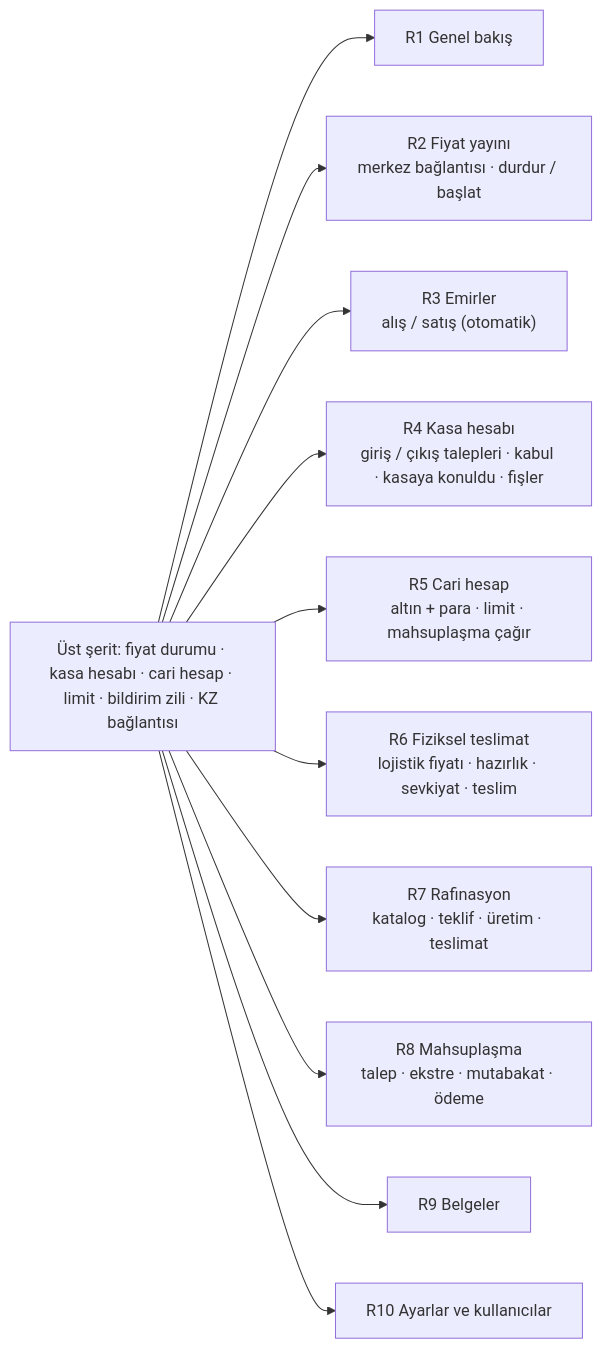
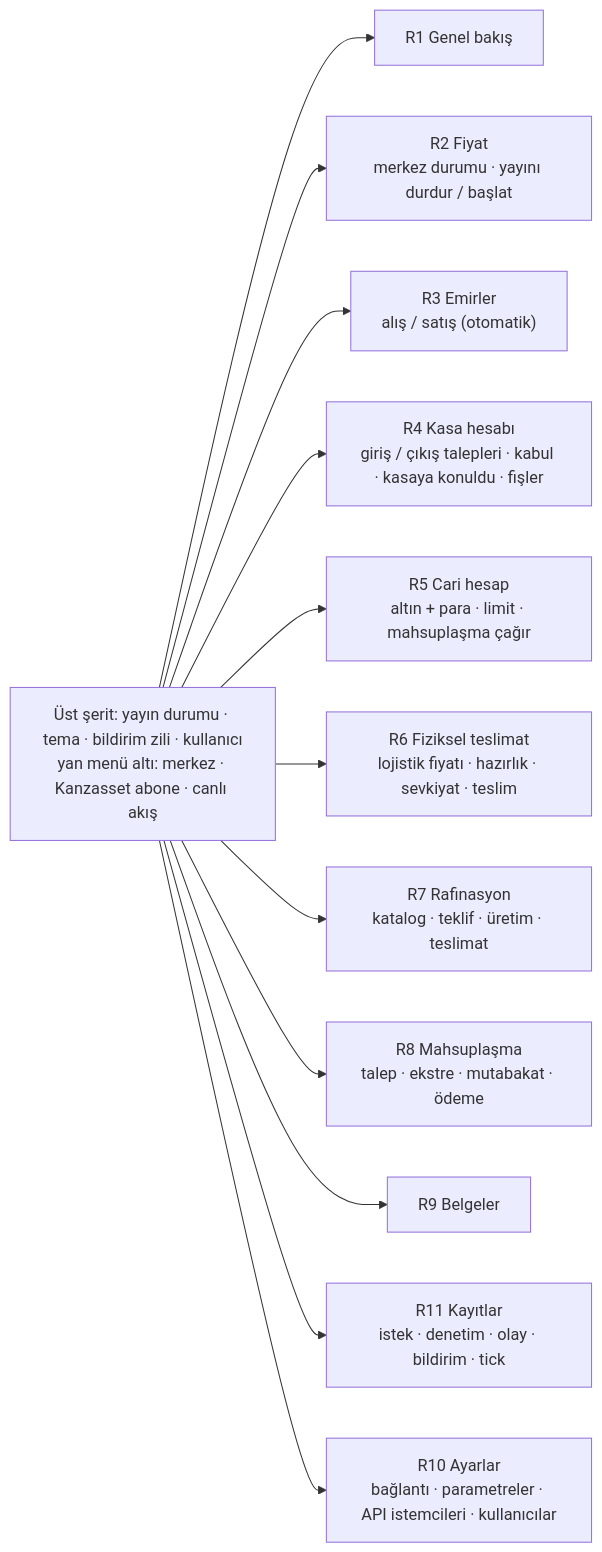
The second of 8 diagrams in docs/KZ_AMR_Sistemi.md (engincetin/amr-app), drawn with Mermaid before and after one commit. The commit also changed other lines of this file and 34 other files, not shown here.

First line of the commit message:
Ayna menü, Türkçe ekran metinleri, Bağlantı Ayarlar'da, sayfalı tablolar

````diff
--- a/docs/KZ_AMR_Sistemi.md
+++ b/docs/KZ_AMR_Sistemi.md
@@ -63,14 +63,15 @@
 ```mermaid
 flowchart LR
-  TOP["Üst şerit: fiyat durumu · kasa hesabı · cari hesap · limit · bildirim zili · KZ bağlantısı"]
+  TOP["Üst şerit: yayın durumu · tema · bildirim zili · kullanıcı<br/>yan menü altı: merkez · Kanzasset abone · canlı akış"]
   TOP --> R1["R1 Genel bakış"]
-  TOP --> R2["R2 Fiyat yayını<br/>merkez bağlantısı · durdur / başlat"]
+  TOP --> R2["R2 Fiyat<br/>merkez durumu · yayını durdur / başlat"]
   TOP --> R3["R3 Emirler<br/>alış / satış (otomatik)"]
   TOP --> R4["R4 Kasa hesabı<br/>giriş / çıkış talepleri · kabul · kasaya konuldu · fişler"]
   TOP --> R5["R5 Cari hesap<br/>altın + para · limit · mahsuplaşma çağır"]
   TOP --> R6["R6 Fiziksel teslimat<br/>lojistik fiyatı · hazırlık · sevkiyat · teslim"]
   TOP --> R7["R7 Rafinasyon<br/>katalog · teklif · üretim · teslimat"]
   TOP --> R8["R8 Mahsuplaşma<br/>talep · ekstre · mutabakat · ödeme"]
   TOP --> R9["R9 Belgeler"]
-  TOP --> R10["R10 Ayarlar ve kullanıcılar"]
+  TOP --> R11["R11 Kayıtlar<br/>istek · denetim · olay · bildirim · tick"]
+  TOP --> R10["R10 Ayarlar<br/>bağlantı · parametreler · API istemcileri · kullanıcılar"]
 ```
````
